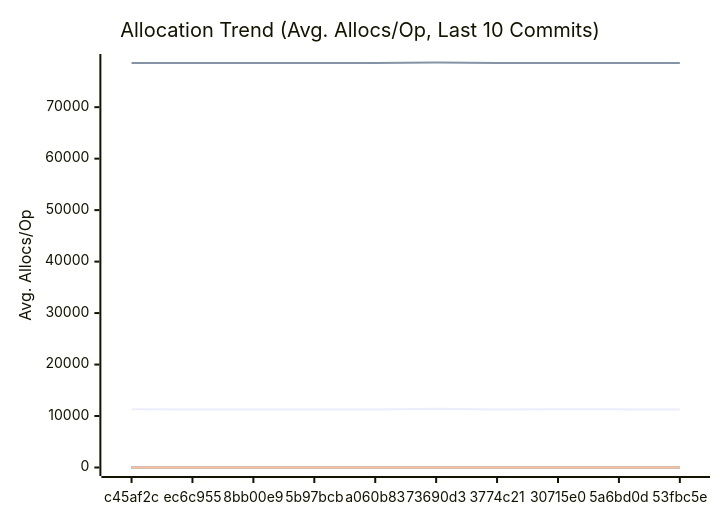
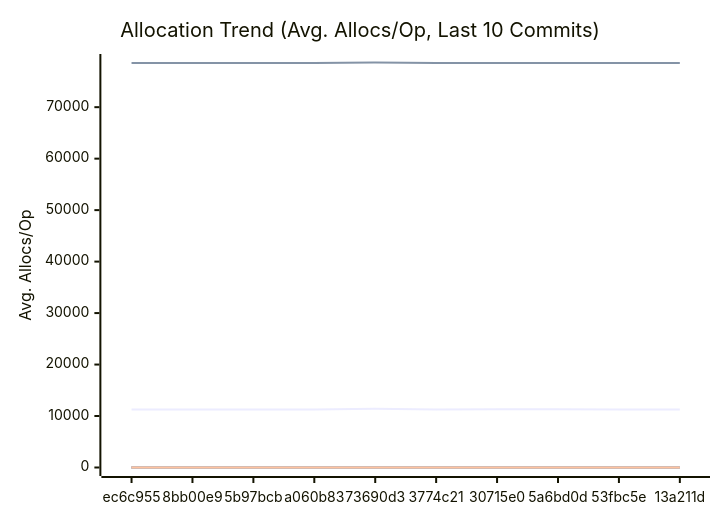
One commit to alsotoes/momo changed the third of 3 diagrams in docs/PERFORMANCE.md. Above: the diagram before and after it, drawn with Mermaid. The commit also changed other lines of this file and 3 other files, not shown here.

````diff
--- a/docs/PERFORMANCE.md
+++ b/docs/PERFORMANCE.md
@@ -197,20 +197,20 @@
 ```mermaid
 xychart-beta
     title "Allocation Trend (Avg. Allocs/Op, Last 10 Commits)"
     x-axis "Commit"
     y-axis "Avg. Allocs/Op"
-    x-axis [c45af2c,ec6c955,8bb00e9,5b97bcb,a060b83,73690d3,3774c21,30715e0,5a6bd0d,53fbc5e]
-    line "AWSChunkedReaderSigned" [11303,11273,11278,11291,11291,11422,11290,11296,11293,11281]
-    line "AWSChunkedReaderUnsigned" [78592,78561,78567,78580,78580,78679,78587,78563,78569,78577]
+    x-axis [ec6c955,8bb00e9,5b97bcb,a060b83,73690d3,3774c21,30715e0,5a6bd0d,53fbc5e,13a211d]
+    line "AWSChunkedReaderSigned" [11273,11278,11291,11291,11422,11290,11296,11293,11281,11276]
+    line "AWSChunkedReaderUnsigned" [78561,78567,78580,78580,78679,78587,78563,78569,78577,78568]
     line "CheckMetricsAndSwap" [0,0,0,0,0,0,0,0,0,0]
     line "CrushOptimized" [0,0,0,0,0,0,0,0,0,0]
     line "CrushOriginal" [3,3,3,3,3,3,3,3,3,3]
     line "IndexDirectTracking" [0,0,0,0,0,0,0,0,0,0]
     line "IndexSearch" [0,0,0,0,0,0,0,0,0,0]
-    line "LoadGlobalConfig" [46,46,46,46,46,46,50,54,54,54]
+    line "LoadGlobalConfig" [46,46,46,46,46,50,54,54,54,54]
     line "PadString" [1,1,1,1,1,1,1,1,1,1]
     line "ParseReplicationOrder_NoPrealloc" [6,6,6,6,6,5,5,5,5,5]
     line "ParseReplicationOrder_Prealloc" [2,2,2,2,2,1,1,1,1,1]
     line "SanitizeLog/Safe" [0,0,0,0,0,0,0,0,0,0]
     line "SanitizeLog/Unsafe" [1,1,1,1,1,1,1,1,1,1]
 ```
````
